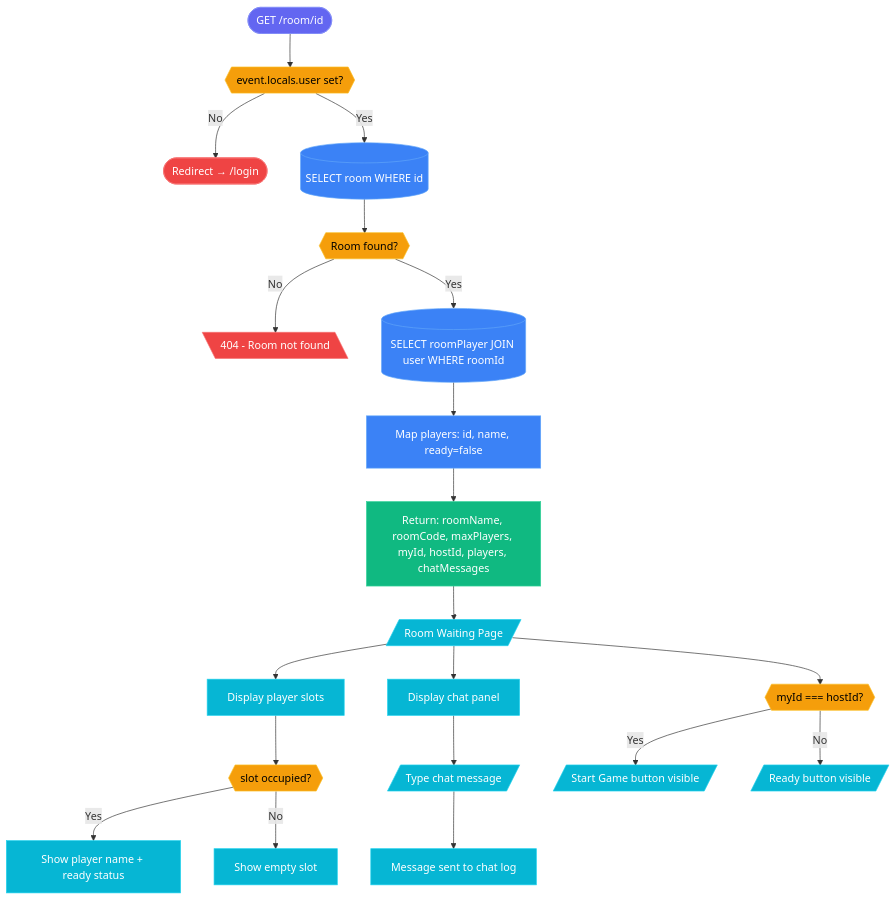
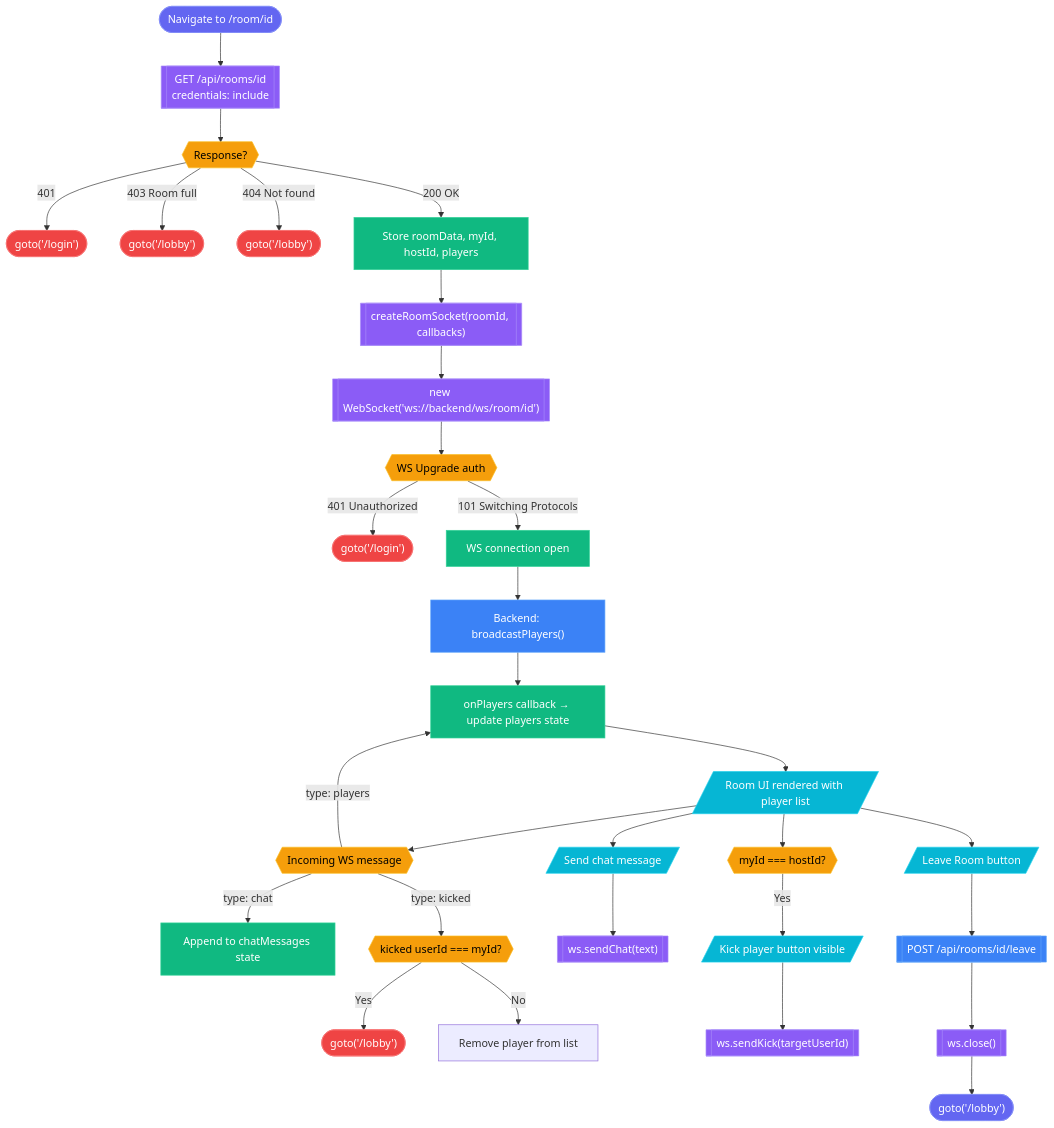
Before and after one commit to Epsilondelta-ai/SHOT: the diagram in flows/room-waiting-lobby.flow.md, drawn with Mermaid. The commit also changed other lines of this file and 6 other files, not shown here.

First line of the commit message:
플로우 문서 업데이트 - SPA 전환 반영 및 백엔드 플로우 추가

````diff
--- a/flows/room-waiting-lobby.flow.md
+++ b/flows/room-waiting-lobby.flow.md
@@ -9,39 +9,54 @@
 ```mermaid
 flowchart TD
-    A(["GET /room/id"]) --> B{{"event.locals.user set?"}}
-    B -->|No| C(["Redirect → /login"])
-    B -->|Yes| D[("SELECT room WHERE id")]
-    D --> E{{"Room found?"}}
-    E -->|No| F[\"404 - Room not found"\]
-    E -->|Yes| G[("SELECT roomPlayer JOIN user WHERE roomId")]
-    G --> H["Map players: id, name, ready=false"]
-    H --> I["Return: roomName, roomCode, maxPlayers, myId, hostId, players, chatMessages"]
-    I --> J[/Room Waiting Page/]
+    A(["Navigate to /room/id"]) --> B[["GET /api/rooms/id\n credentials: include"]]
+    B --> C{{"Response?"}}
+    C -->|"401"| D(["goto('/login')"])
+    C -->|"403 Room full"| E(["goto('/lobby')"])
+    C -->|"404 Not found"| F(["goto('/lobby')"])
+    C -->|"200 OK"| G["Store roomData, myId, hostId, players"]
 
-    J --> K["Display player slots"]
-    K --> L{{"slot occupied?"}}
-    L -->|Yes| M["Show player name + ready status"]
-    L -->|No| N["Show empty slot"]
+    G --> H[["createRoomSocket(roomId, callbacks)"]]
+    H --> I[["new WebSocket('ws://backend/ws/room/id')"]]
+    I --> J{{"WS Upgrade auth"}}
+    J -->|"401 Unauthorized"| K(["goto('/login')"])
+    J -->|"101 Switching Protocols"| L["WS connection open"]
 
-    J --> O["Display chat panel"]
-    O --> P[/Type chat message/]
-    P --> Q["Message sent to chat log"]
+    L --> M["Backend: broadcastPlayers()"]
+    M --> N["onPlayers callback → update players state"]
+    N --> O[/Room UI rendered with player list/]
 
-    J --> R{{"myId === hostId?"}}
-    R -->|Yes| S[/Start Game button visible/]
-    R -->|No| T[/Ready button visible/]
+    O --> P{{"Incoming WS message"}}
+    P -->|"type: players"| N
+    P -->|"type: chat"| Q["Append to chatMessages state"]
+    P -->|"type: kicked"| R{{"kicked userId === myId?"}}
+    R -->|Yes| S(["goto('/lobby')"])
+    R -->|No| T["Remove player from list"]
+
+    O --> U[/Send chat message/]
+    U --> V[["ws.sendChat(text)"]]
+
+    O --> W{{"myId === hostId?"}}
+    W -->|Yes| X[/Kick player button visible/]
+    X --> Y[["ws.sendKick(targetUserId)"]]
+
+    O --> Z[/Leave Room button/]
+    Z --> AA[["POST /api/rooms/id/leave"]]
+    AA --> AB[["ws.close()"]]
+    AB --> AC(["goto('/lobby')"])
 
     classDef entry fill:#6366f1,stroke:#818cf8,color:#fff
     classDef validation fill:#f59e0b,stroke:#fbbf24,color:#000
     classDef success fill:#10b981,stroke:#34d399,color:#fff
     classDef error fill:#ef4444,stroke:#f87171,color:#fff
     classDef data fill:#3b82f6,stroke:#60a5fa,color:#fff
     classDef user fill:#06b6d4,stroke:#22d3ee,color:#fff
+    classDef external fill:#8b5cf6,stroke:#a78bfa,color:#fff
 
-    class A,C entry
-    class B,E,L,R validation
-    class I,J success
-    class C,F error
-    class D,G,H data
-    class J,K,M,N,O,P,Q,S,T user
+    class A,D,E,F,K,S,AC entry
+    class C,J,P,R,W validation
+    class G,L,N,O,Q success
+    class D,E,F,K,S error
+    class M,AA data
+    class O,U,X,Z user
+    class B,H,I,V,Y,AB external
 ```
````
